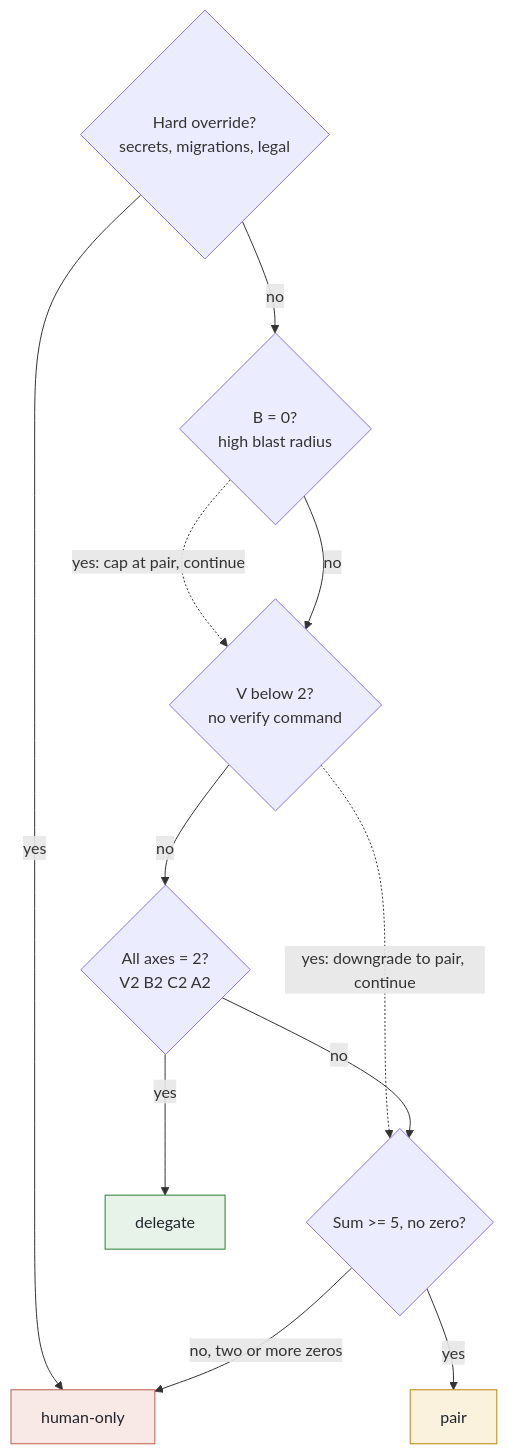
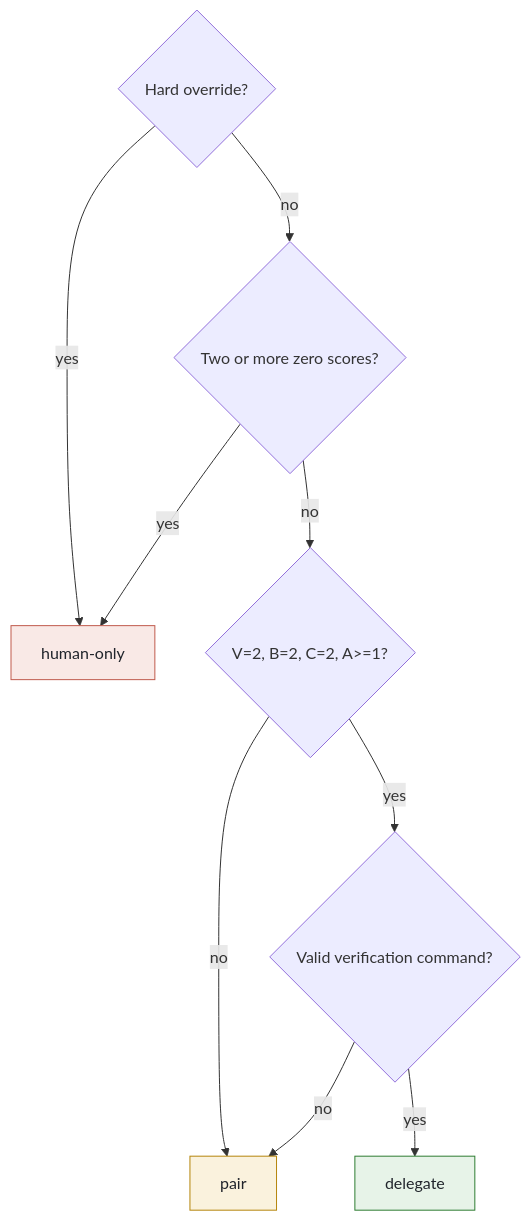
Before and after one commit to izavdev/ai_first: the second of 4 diagrams in whitepaper.md, drawn with Mermaid. The commit also changed other lines of this file and 10 other files, not shown here.

First line of the commit message:
Enhance classification logic and tests; add capability schema updates and documentation improvements

````diff
--- a/whitepaper.md
+++ b/whitepaper.md
@@ -132,29 +132,26 @@
 ```mermaid
 flowchart TD
-    Q1{Hard override?<br/>secrets, migrations, legal}
-    Q2{B = 0?<br/>high blast radius}
-    Q3{V below 2?<br/>no verify command}
-    Q4{Sum >= 5, no zero?}
-    Q5{All axes = 2?<br/>V2 B2 C2 A2}
+    Q1{Hard override?}
+    Q2{Two or more zero scores?}
+    Q3{V=2, B=2, C=2, A>=1?}
+    Q4{Valid verification command?}
     HO["human-only"]
     PA["pair"]
     DE["delegate"]
 
     Q1 -- yes --> HO
     Q1 -- no --> Q2
-    Q2 -. "yes: cap at pair, continue" .-> Q3
+    Q2 -- yes --> HO
     Q2 -- no --> Q3
-    Q3 -. "yes: downgrade to pair, continue" .-> Q4
-    Q3 -- no --> Q5
-    Q5 -- yes --> DE
-    Q5 -- no --> Q4
-    Q4 -- yes --> PA
-    Q4 -- "no, two or more zeros" --> HO
+    Q3 -- no --> PA
+    Q3 -- yes --> Q4
+    Q4 -- no --> PA
+    Q4 -- yes --> DE
 
     classDef delegate fill:#e7f3e8,stroke:#2e7d32,color:#20242b
     classDef pair fill:#faf2dd,stroke:#b5850b,color:#20242b
     classDef human fill:#f9e9e6,stroke:#c05b4d,color:#20242b
     class DE delegate
     class PA pair
     class HO human
 ```
````
